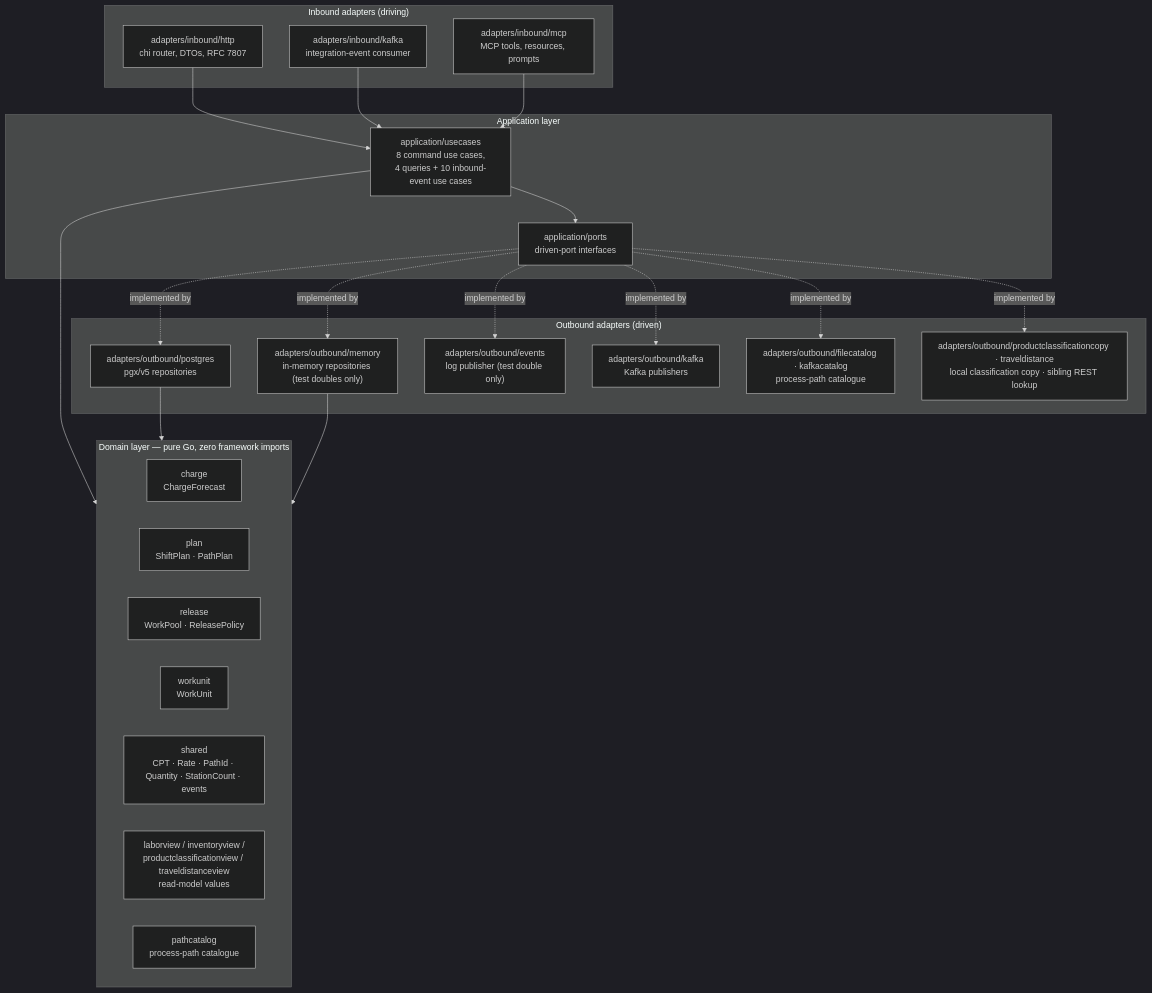
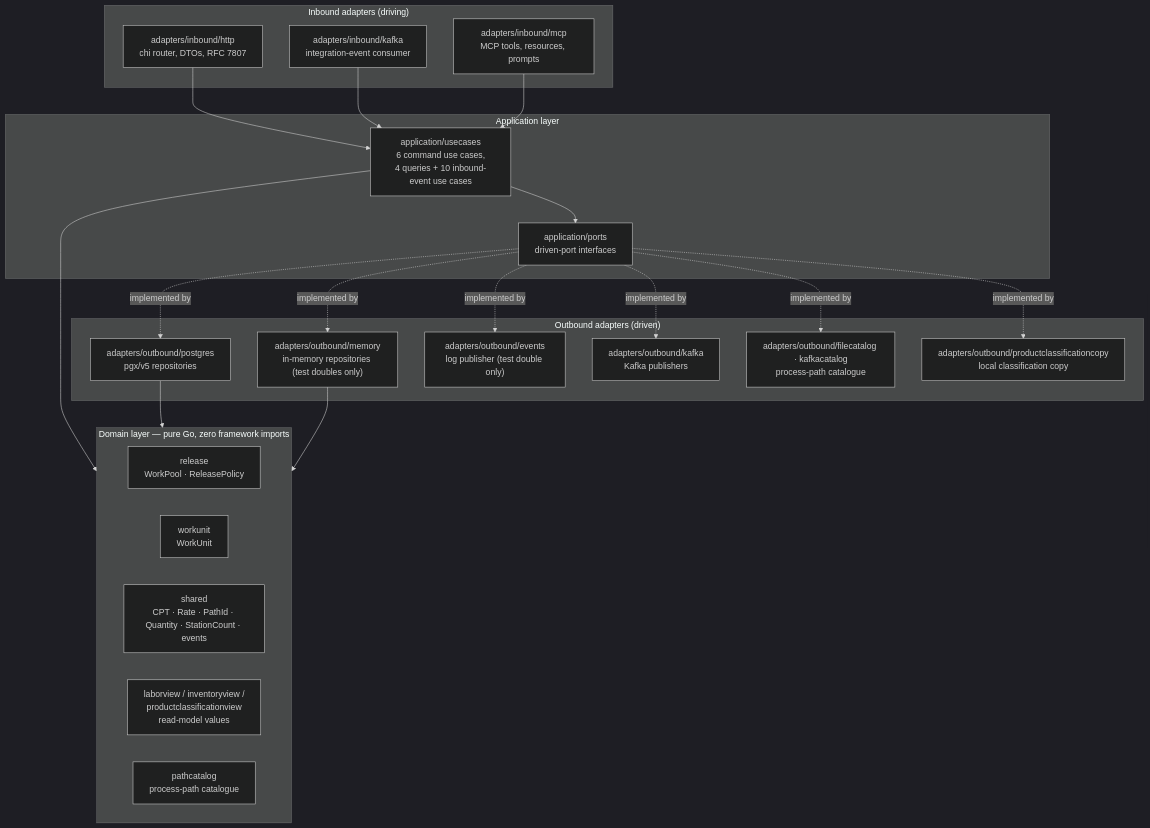
The first of 2 diagrams in docs/docs/overview/hexagonal-layering.md (IQVO/wes-work-planning), drawn with Mermaid (dark theme) before and after one commit. The commit also changed other lines of this file and 6 other files, not shown here.

````diff
--- a/docs/docs/overview/hexagonal-layering.md
+++ b/docs/docs/overview/hexagonal-layering.md
@@ -18,46 +18,44 @@
 ```mermaid
 flowchart TB
     subgraph inbound["Inbound adapters (driving)"]
         HTTP["adapters/inbound/http<br/>chi router, DTOs, RFC 7807"]
         KIN["adapters/inbound/kafka<br/>integration-event consumer"]
         MCPIN["adapters/inbound/mcp<br/>MCP tools, resources, prompts"]
     end
 
     subgraph app["Application layer"]
-        UC["application/usecases<br/>8 command use cases,<br/>4 queries + 10 inbound-event use cases"]
+        UC["application/usecases<br/>6 command use cases,<br/>4 queries + 10 inbound-event use cases"]
         PORTS["application/ports<br/>driven-port interfaces"]
     end
 
     subgraph domain["Domain layer — pure Go, zero framework imports"]
-        CH["charge<br/>ChargeForecast"]
-        PL["plan<br/>ShiftPlan · PathPlan"]
         RE["release<br/>WorkPool · ReleasePolicy"]
         WU["workunit<br/>WorkUnit"]
         SH["shared<br/>CPT · Rate · PathId · Quantity · StationCount · events"]
-        LV["laborview / inventoryview /<br/>productclassificationview / traveldistanceview<br/>read-model values"]
+        LV["laborview / inventoryview /<br/>productclassificationview<br/>read-model values"]
         PC["pathcatalog<br/>process-path catalogue"]
     end
 
     subgraph outbound["Outbound adapters (driven)"]
         PG["adapters/outbound/postgres<br/>pgx/v5 repositories"]
         MEM["adapters/outbound/memory<br/>in-memory repositories (test doubles only)"]
         EV["adapters/outbound/events<br/>log publisher (test double only)"]
         KOUT["adapters/outbound/kafka<br/>Kafka publishers"]
         CAT["adapters/outbound/filecatalog · kafkacatalog<br/>process-path catalogue"]
-        LOOK["adapters/outbound/productclassificationcopy · traveldistance<br/>local classification copy · sibling REST lookup"]
+        LOOK["adapters/outbound/productclassificationcopy<br/>local classification copy"]
     end
 
     HTTP --> UC
     KIN --> UC
     MCPIN --> UC
     UC --> PORTS
     UC --> domain
     PORTS -.implemented by.-> PG
     PORTS -.implemented by.-> MEM
     PORTS -.implemented by.-> EV
     PORTS -.implemented by.-> KOUT
     PORTS -.implemented by.-> CAT
     PORTS -.implemented by.-> LOOK
     PG --> domain
     MEM --> domain
 ```
````
